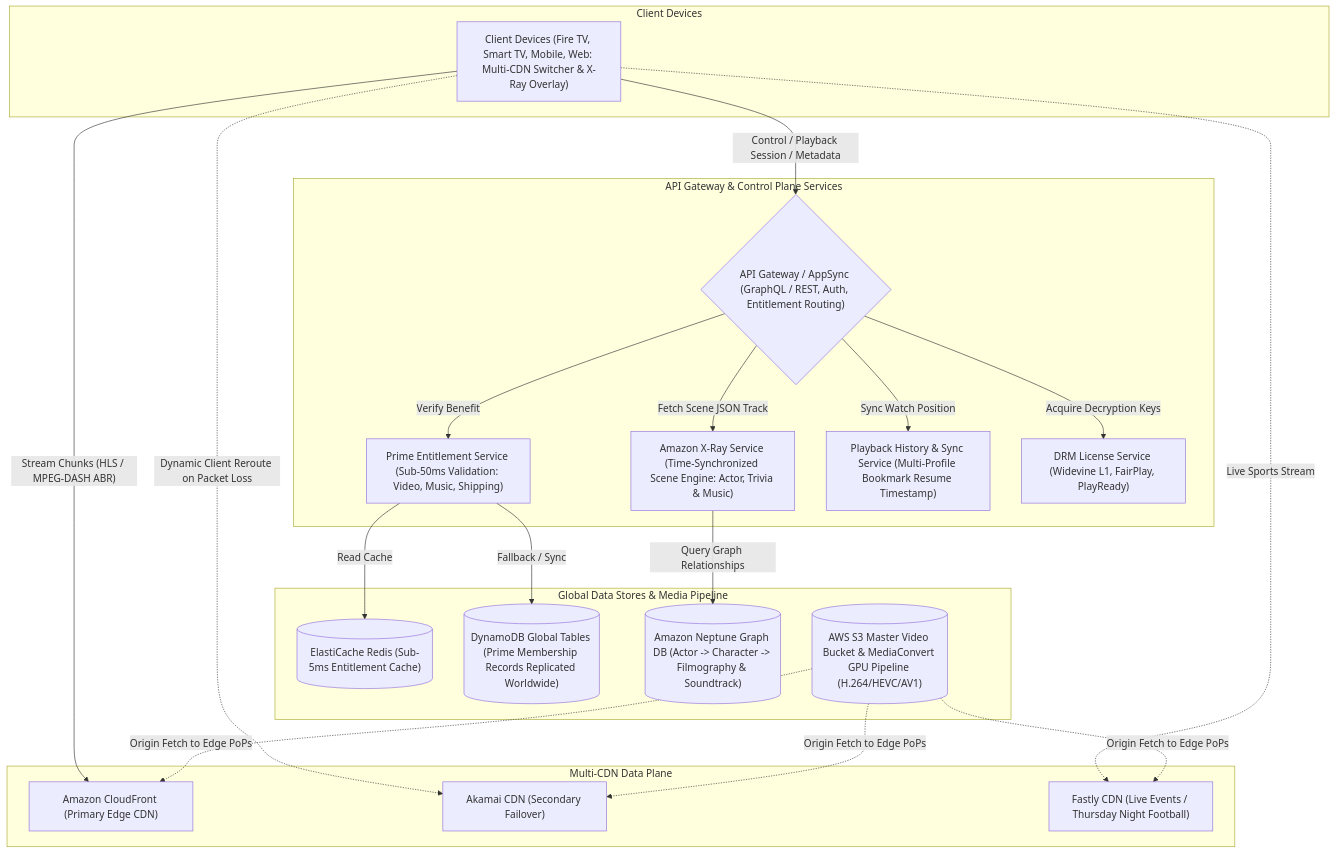
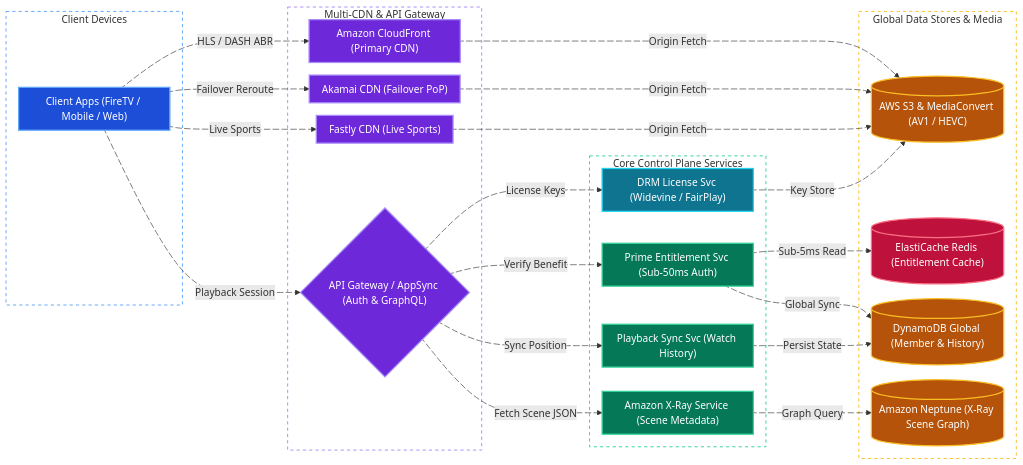
Before and after one commit to tarunbatta/tech-interview-prep: the third of 3 diagrams in system-design/amazon-prime.md, drawn with Mermaid. The commit also changed other lines of this file and 30 other files, not shown here.

First line of the commit message:
docs(system-design): convert Mermaid flowcharts to LR with colors and animated edges

````diff
--- a/system-design/amazon-prime.md
+++ b/system-design/amazon-prime.md
@@ -200,38 +230,77 @@
 ```mermaid
-flowchart TD
+%%{init: {'flowchart': {'nodeSpacing': 20, 'rankSpacing': 40, 'padding': 10}}}%%
+flowchart LR
     subgraph ClientTier["Client Devices"]
-        Client["Client Devices (Fire TV, Smart TV, Mobile, Web: Multi-CDN Switcher & X-Ray Overlay)"]
+        Client["Client Apps (FireTV / Mobile / Web)"]
     end
-    subgraph CDNTier["Multi-CDN Data Plane"]
-        CloudFront["Amazon CloudFront (Primary Edge CDN)"]
-        Akamai["Akamai CDN (Secondary Failover)"]
-        Fastly["Fastly CDN (Live Events / Thursday Night Football)"]
+    subgraph EdgeTier["Multi-CDN & API Gateway"]
+        CloudFront["Amazon CloudFront (Primary CDN)"]
+        Akamai["Akamai CDN (Failover PoP)"]
+        Fastly["Fastly CDN (Live Sports)"]
+        GW{"API Gateway / AppSync (Auth & GraphQL)"}
     end
-    subgraph ControlPlane["API Gateway & Control Plane Services"]
-        GW{"API Gateway / AppSync (GraphQL / REST, Auth, Entitlement Routing)"}
-        EntSvc["Prime Entitlement Service (Sub-50ms Validation: Video, Music, Shipping)"]
-        XRaySvc["Amazon X-Ray Service (Time-Synchronized Scene Engine: Actor, Trivia & Music)"]
-        WatchSvc["Playback History & Sync Service (Multi-Profile Bookmark Resume Timestamp)"]
-        DRMSvc["DRM License Service (Widevine L1, FairPlay, PlayReady)"]
+    subgraph CoreServices["Core Control Plane Services"]
+        EntSvc["Prime Entitlement Svc (Sub-50ms Auth)"]
+        XRaySvc["Amazon X-Ray Service (Scene Metadata)"]
+        WatchSvc["Playback Sync Svc (Watch History)"]
+        DRMSvc["DRM License Svc (Widevine / FairPlay)"]
     end
-    subgraph DataAndMediaStorage["Global Data Stores & Media Pipeline"]
-        RedisEnt[("ElastiCache Redis (Sub-5ms Entitlement Cache)")]
-        DynamoGlobal[("DynamoDB Global Tables (Prime Membership Records Replicated Worldwide)")]
-        Neptune[("Amazon Neptune Graph DB (Actor -> Character -> Filmography & Soundtrack)")]
-        S3Master[("AWS S3 Master Video Bucket & MediaConvert GPU Pipeline (H.264/HEVC/AV1)")]
+    subgraph DataAndMediaStorage["Global Data Stores & Media"]
+        S3Master[("AWS S3 & MediaConvert (AV1 / HEVC)")]
+        RedisEnt[("ElastiCache Redis (Entitlement Cache)")]
+        DynamoGlobal[("DynamoDB Global (Member & History)")]
+        Neptune[("Amazon Neptune (X-Ray Scene Graph)")]
     end
-    Client -->|"Stream Chunks (HLS / MPEG-DASH ABR)"| CloudFront
-    Client -.->|"Dynamic Client Reroute on Packet Loss"| Akamai
-    Client -.->|"Live Sports Stream"| Fastly
-    Client -->|"Control / Playback Session / Metadata"| GW
-    GW -->|"Verify Benefit"| EntSvc
-    EntSvc -->|"Read Cache"| RedisEnt
-    EntSvc -->|"Fallback / Sync"| DynamoGlobal
-    GW -->|"Fetch Scene JSON Track"| XRaySvc
-    XRaySvc -->|"Query Graph Relationships"| Neptune
-    GW -->|"Sync Watch Position"| WatchSvc
-    GW -->|"Acquire Decryption Keys"| DRMSvc
-    S3Master -.->|"Origin Fetch to Edge PoPs"| CloudFront
-    S3Master -.->|"Origin Fetch to Edge PoPs"| Akamai
-    S3Master -.->|"Origin Fetch to Edge PoPs"| Fastly
+    Client e1@-->|"HLS / DASH ABR"| CloudFront
+    Client e2@-.->|"Failover Reroute"| Akamai
+    Client e3@-.->|"Live Sports"| Fastly
+    CloudFront e4@-.->|"Origin Fetch"| S3Master
+    Akamai e5@-.->|"Origin Fetch"| S3Master
+    Fastly e6@-.->|"Origin Fetch"| S3Master
+    Client e7@-->|"Playback Session"| GW
+    GW e8@-->|"Verify Benefit"| EntSvc
+    GW e9@-->|"Fetch Scene JSON"| XRaySvc
+    GW e10@-->|"Sync Position"| WatchSvc
+    GW e11@-->|"License Keys"| DRMSvc
+    EntSvc e12@-->|"Sub-5ms Read"| RedisEnt
+    EntSvc e13@-->|"Global Sync"| DynamoGlobal
+    XRaySvc e14@-->|"Graph Query"| Neptune
+    WatchSvc e15@-->|"Persist State"| DynamoGlobal
+    DRMSvc e16@-->|"Key Store"| S3Master
+
+    e1@{ animate: true }
+    e2@{ animate: true }
+    e3@{ animate: true }
+    e4@{ animate: true }
+    e5@{ animate: true }
+    e6@{ animate: true }
+    e7@{ animate: true }
+    e8@{ animate: true }
+    e9@{ animate: true }
+    e10@{ animate: true }
+    e11@{ animate: true }
+    e12@{ animate: true }
+    e13@{ animate: true }
+    e14@{ animate: true }
+    e15@{ animate: true }
+    e16@{ animate: true }
+
+    classDef client fill:#1d4ed8,stroke:#60a5fa,stroke-width:2px,color:#ffffff
+    classDef edge fill:#6d28d9,stroke:#a78bfa,stroke-width:2px,color:#ffffff
+    classDef service fill:#047857,stroke:#34d399,stroke-width:2px,color:#ffffff
+    classDef worker fill:#0e7490,stroke:#22d3ee,stroke-width:2px,color:#ffffff
+    classDef cache fill:#be123c,stroke:#fb7185,stroke-width:2px,color:#ffffff
+    classDef storage fill:#b45309,stroke:#fbbf24,stroke-width:2px,color:#ffffff
+
+    class Client client
+    class CloudFront,Akamai,Fastly,GW edge
+    class EntSvc,XRaySvc,WatchSvc service
+    class DRMSvc worker
+    class RedisEnt cache
+    class S3Master,DynamoGlobal,Neptune storage
+
+    style ClientTier fill:transparent,stroke:#60a5fa,stroke-width:1.5px,stroke-dasharray: 5 5
+    style EdgeTier fill:transparent,stroke:#a78bfa,stroke-width:1.5px,stroke-dasharray: 5 5
+    style CoreServices fill:transparent,stroke:#34d399,stroke-width:1.5px,stroke-dasharray: 5 5
+    style DataAndMediaStorage fill:transparent,stroke:#fbbf24,stroke-width:1.5px,stroke-dasharray: 5 5
 ```
````
